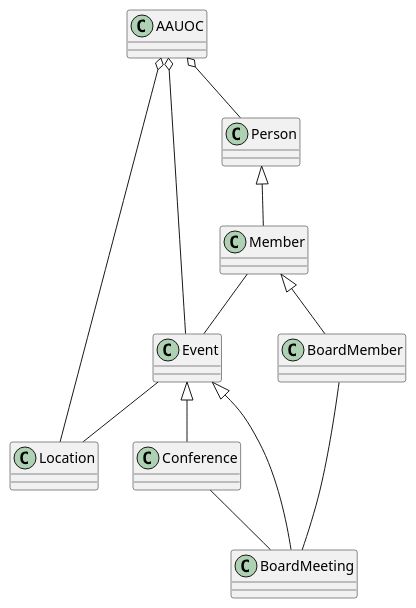
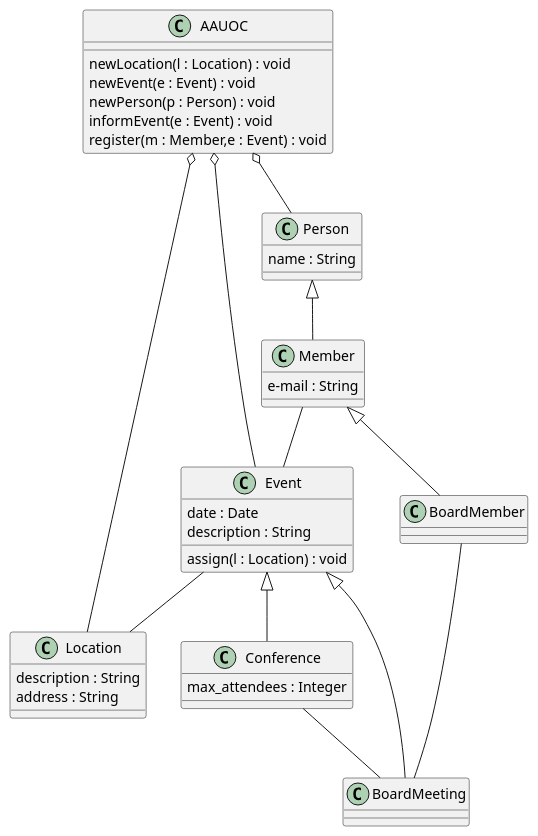
One commit to Dierez87/UMLClasesDiego changed the diagram in Test.puml. Above: the diagram before and after it, drawn with PlantUML.

Commit message:
Todos los datos

```diff
--- a/Test.puml
+++ b/Test.puml
@@ -1,38 +1,57 @@
 @startuml
 skinparam classAttributeIconSize 0
-class AAUOC
+class AAUOC{
+newLocation(l : Location) : void
+newEvent(e : Event) : void
+newPerson(p : Person) : void
+informEvent(e : Event) : void
+register(m : Member,e : Event) : void
+}
 
-class Location
+class Location{
+description : String
+address : String
+}
 
 AAUOC o-- Location
 
-class Event
+class Event{
+date : Date
+description : String
+assign(l : Location) : void
+}
 
 AAUOC o-- Event
 Event -- Location
 
-class Conference
+class Conference{
+max_attendees : Integer
+}
 
 Event <|-- Conference
 Conference -- BoardMeeting
 
 class BoardMeeting
 
 Event <|-- BoardMeeting
 
 
-class Person
+class Person{
+name : String
+}
 
 AAUOC o-- Person
 
-class Member
+class Member{
+e-mail : String
+}
 
 Person <|-- Member
 Member -- Event
 
 class BoardMember
 
 Member <|-- BoardMember
 BoardMember -- BoardMeeting
 
 @enduml
```
